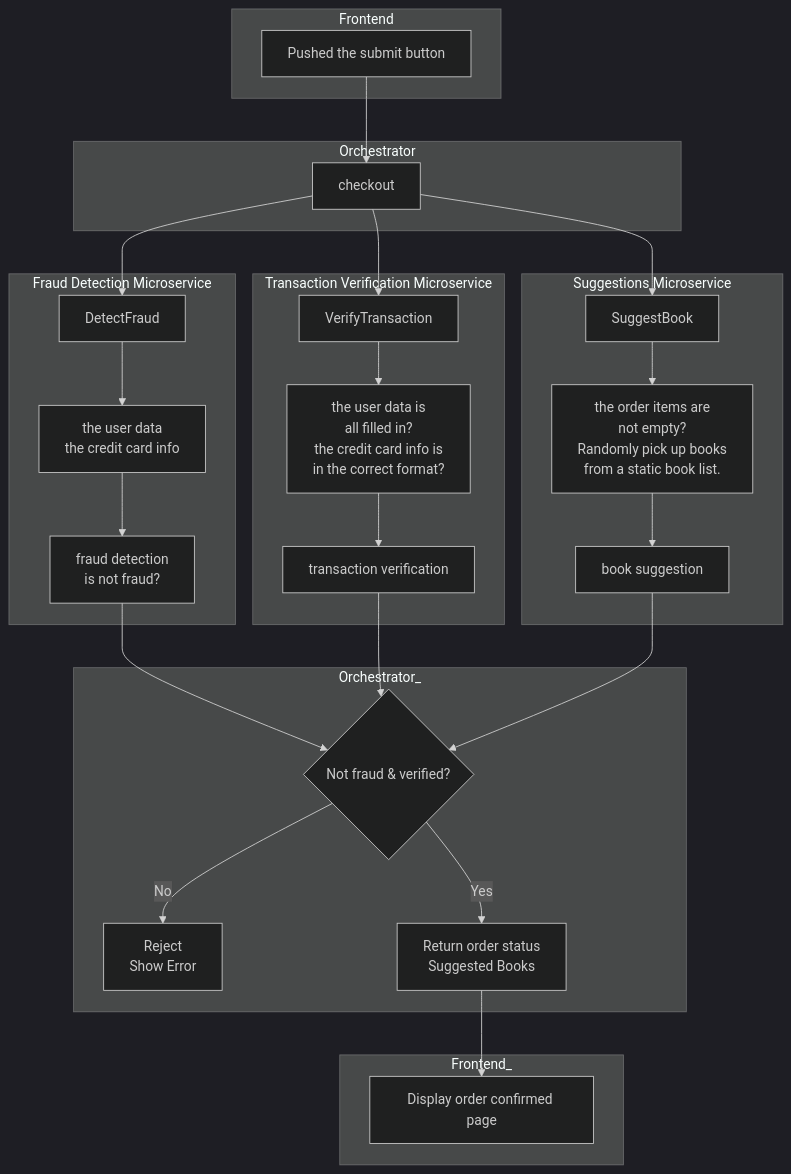
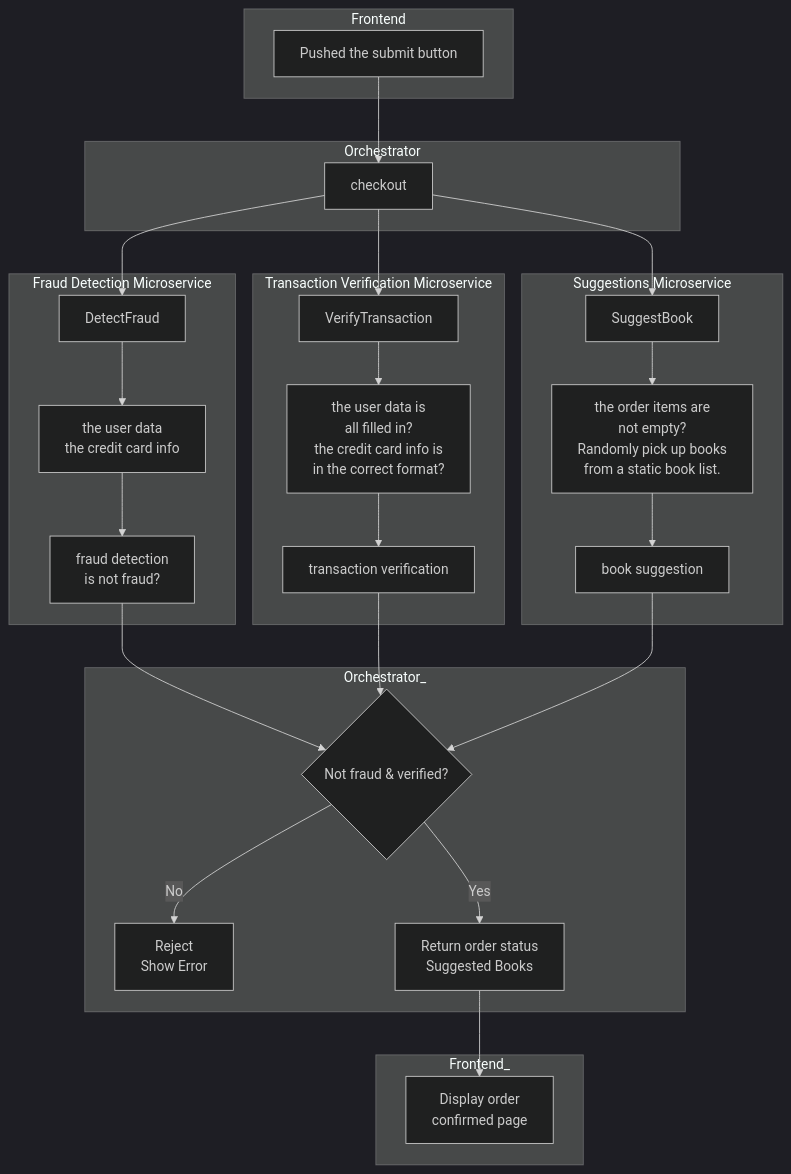
Before and after one commit to mharisirfan/ds-practice-2025: the second of 4 diagrams in README.md, drawn with Mermaid (dark theme). The commit also changed other lines of this file, not shown here.

Commit message:
Added Vector Clock and Leader Election diagrams to README.md

````diff
--- a/README.md
+++ b/README.md
@@ -40,43 +40,43 @@
 ```mermaid
 graph TD
     subgraph Frontend
         B[Pushed the submit button]
     end
 
     subgraph Orchestrator
         B --> C[checkout]
     end
 
     subgraph "Fraud Detection Microservice"
         D[DetectFraud] --> G[the user data<br/>the credit card info]
         G --> J[fraud detection<br/>is not fraud?]
     end
 
     subgraph "Transaction Verification Microservice"
         E[VerifyTransaction] --> H[the user data is<br/>all filled in?<br/>the credit card info is<br/>in the correct format?]
         H --> K[transaction verification]
     end
 
     subgraph "Suggestions Microservice"
         F[SuggestBook] --> I[the order items are<br/>not empty?<br/>Randomly pick up books<br/>from a static book list.]
         I --> L[book suggestion]
     end
 
     C --> D
     C --> E
     C --> F
 
     J --> N
     K --> N
     L --> N
 
     subgraph Orchestrator_
     N{Not fraud & verified?}
     N -->|No| O[Reject<br/>Show Error]
     N -->|Yes| P[Return order status<br/>Suggested Books]
     end
 
     subgraph Frontend_
-    P --> R[Display order confirmed page]
+    P --> R[Display order<br/>confirmed page]
     end
 ```
````
